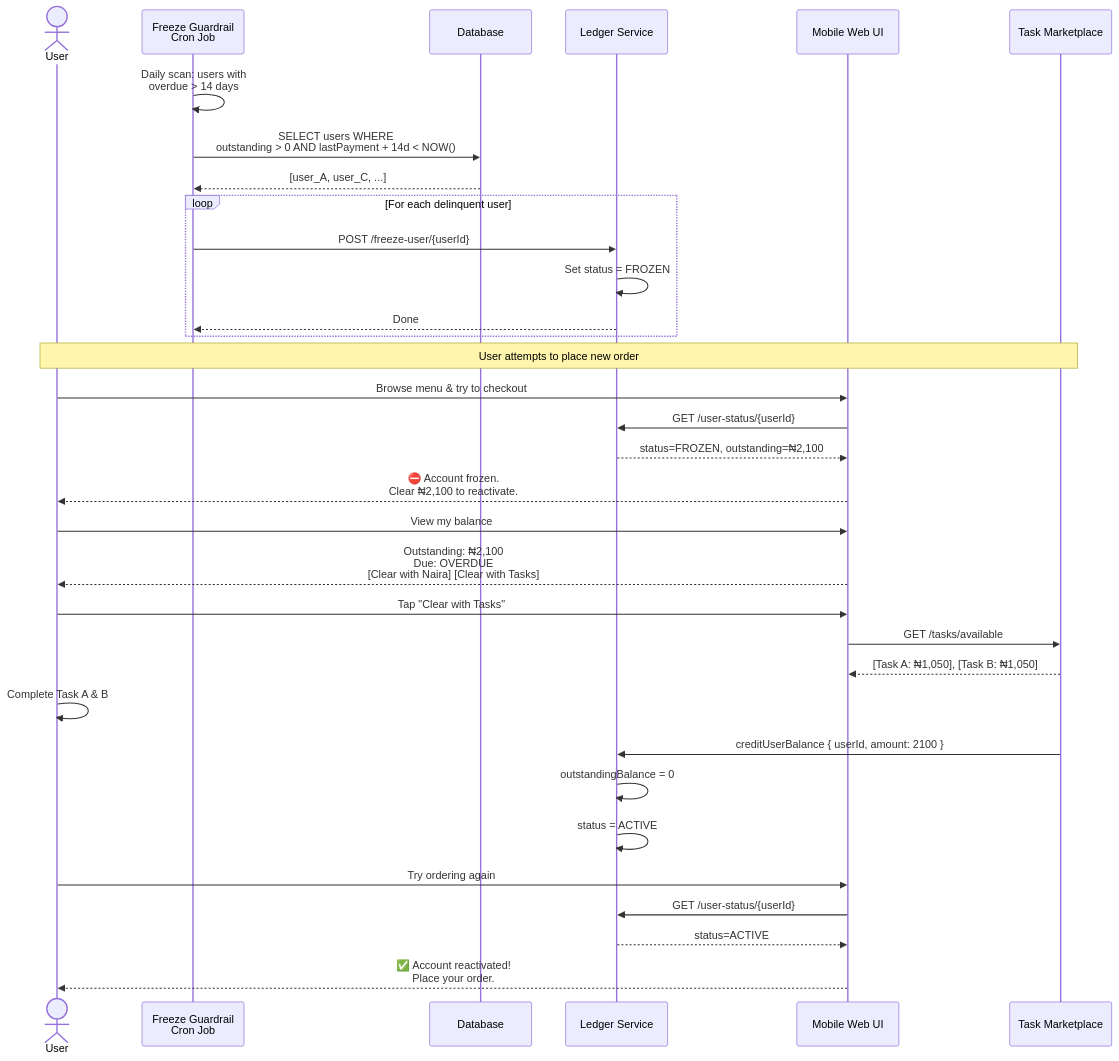
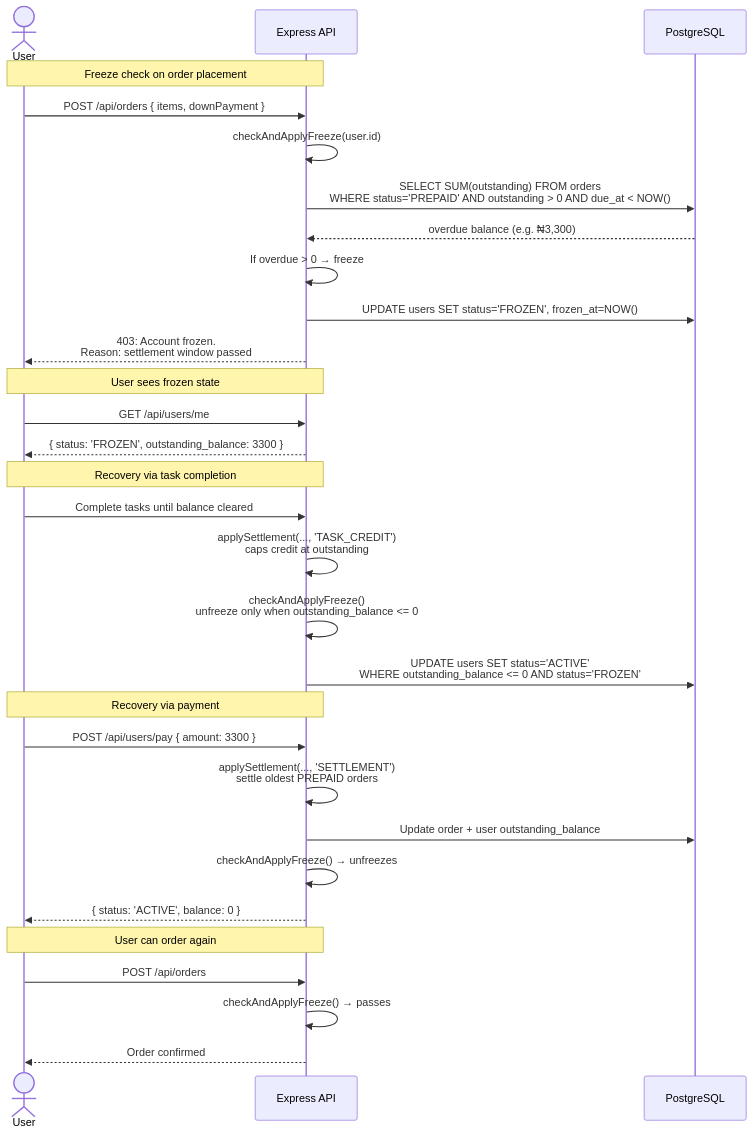
One commit to hexadigitall/chopfirst changed the tenth of 12 diagrams in UML_Diagrams.md. Above: the diagram before and after it, drawn with Mermaid. The commit also changed other lines of this file and 25 other files, not shown here.

````diff
--- a/UML_Diagrams.md
+++ b/UML_Diagrams.md
@@ -642,43 +601,37 @@
 ```mermaid
 sequenceDiagram
     actor User
-    participant FG as Freeze Guardrail<br/>Cron Job
-    participant DB as Database
-    participant LDG as Ledger Service
-    participant UI as Mobile Web UI
-    participant TM as Task Marketplace
+    participant API as Express API
+    participant DB as PostgreSQL
 
-    FG->>FG: Daily scan: users with<br/>overdue > 14 days
-    FG->>DB: SELECT users WHERE<br/>outstanding > 0 AND lastPayment + 14d < NOW()
-    DB-->>FG: [user_A, user_C, ...]
+    Note over User,API: Freeze check on order placement
+    User->>API: POST /api/orders { items, downPayment }
+    API->>API: checkAndApplyFreeze(user.id)
+    API->>DB: SELECT SUM(outstanding) FROM orders<br/>WHERE status='PREPAID' AND outstanding > 0 AND due_at < NOW()
+    DB-->>API: overdue balance (e.g. ₦3,300)
+    API->>API: If overdue > 0 → freeze
+    API->>DB: UPDATE users SET status='FROZEN', frozen_at=NOW()
+    API-->>User: 403: Account frozen.<br/>Reason: settlement window passed
 
-    loop For each delinquent user
-        FG->>LDG: POST /freeze-user/{userId}
-        LDG->>LDG: Set status = FROZEN
-        LDG-->>FG: Done
-    end
+    Note over User,API: User sees frozen state
+    User->>API: GET /api/users/me
+    API-->>User: { status: 'FROZEN', outstanding_balance: 3300 }
 
-    Note over User,TM: User attempts to place new order
-    User->>UI: Browse menu & try to checkout
-    UI->>LDG: GET /user-status/{userId}
-    LDG-->>UI: status=FROZEN, outstanding=₦2,100
-    UI-->>User: ⛔ Account frozen.<br/>Clear ₦2,100 to reactivate.
+    Note over User,API: Recovery via task completion
+    User->>API: Complete tasks until balance cleared
+    API->>API: applySettlement(..., 'TASK_CREDIT')<br/>caps credit at outstanding
+    API->>API: checkAndApplyFreeze()<br/>unfreeze only when outstanding_balance <= 0
+    API->>DB: UPDATE users SET status='ACTIVE'<br/>WHERE outstanding_balance <= 0 AND status='FROZEN'
 
-    User->>UI: View my balance
-    UI-->>User: Outstanding: ₦2,100<br/>Due: OVERDUE<br/>[Clear with Naira] [Clear with Tasks]
+    Note over User,API: Recovery via payment
+    User->>API: POST /api/users/pay { amount: 3300 }
+    API->>API: applySettlement(..., 'SETTLEMENT')<br/>settle oldest PREPAID orders
+    API->>DB: Update order + user outstanding_balance
+    API->>API: checkAndApplyFreeze() → unfreezes
+    API-->>User: { status: 'ACTIVE', balance: 0 }
 
-    User->>UI: Tap "Clear with Tasks"
-    UI->>TM: GET /tasks/available
-    TM-->>UI: [Task A: ₦1,050], [Task B: ₦1,050]
-
-    User->>User: Complete Task A & B
-
-    TM->>LDG: creditUserBalance { userId, amount: 2100 }
-    LDG->>LDG: outstandingBalance = 0
-    LDG->>LDG: status = ACTIVE
-
-    User->>UI: Try ordering again
-    UI->>LDG: GET /user-status/{userId}
-    LDG-->>UI: status=ACTIVE
-    UI-->>User: ✅ Account reactivated!<br/>Place your order.
+    Note over User,API: User can order again
+    User->>API: POST /api/orders
+    API->>API: checkAndApplyFreeze() → passes
+    API-->>User: Order confirmed
 ```
````
